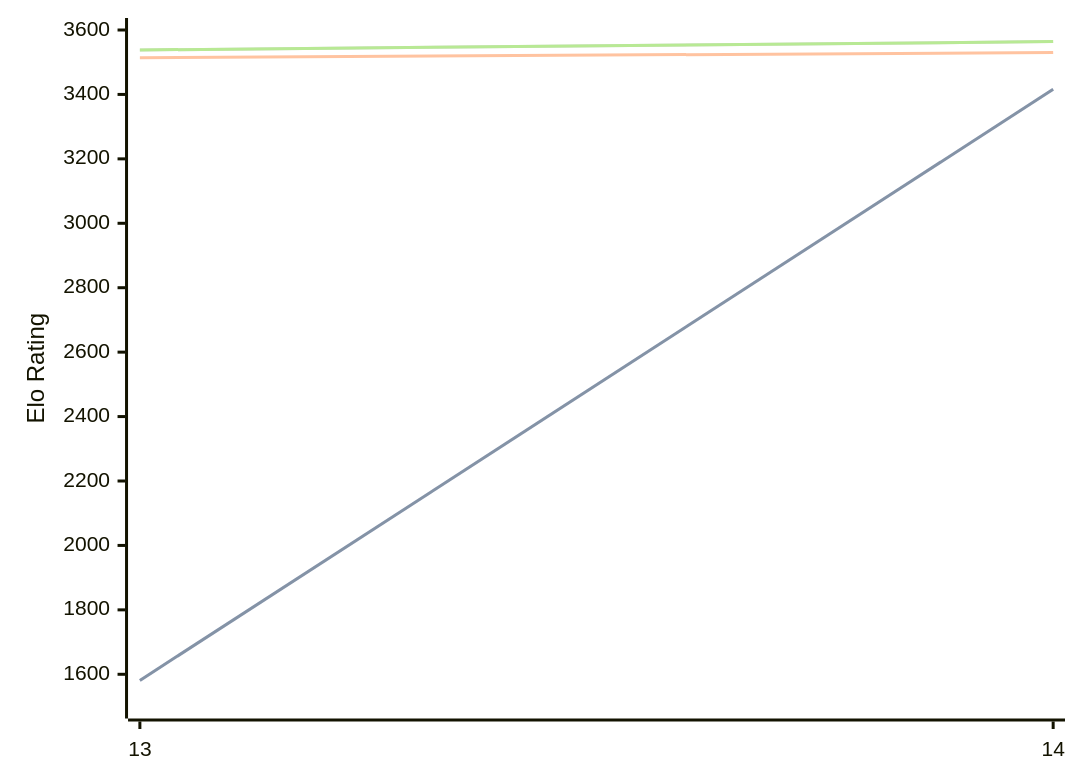
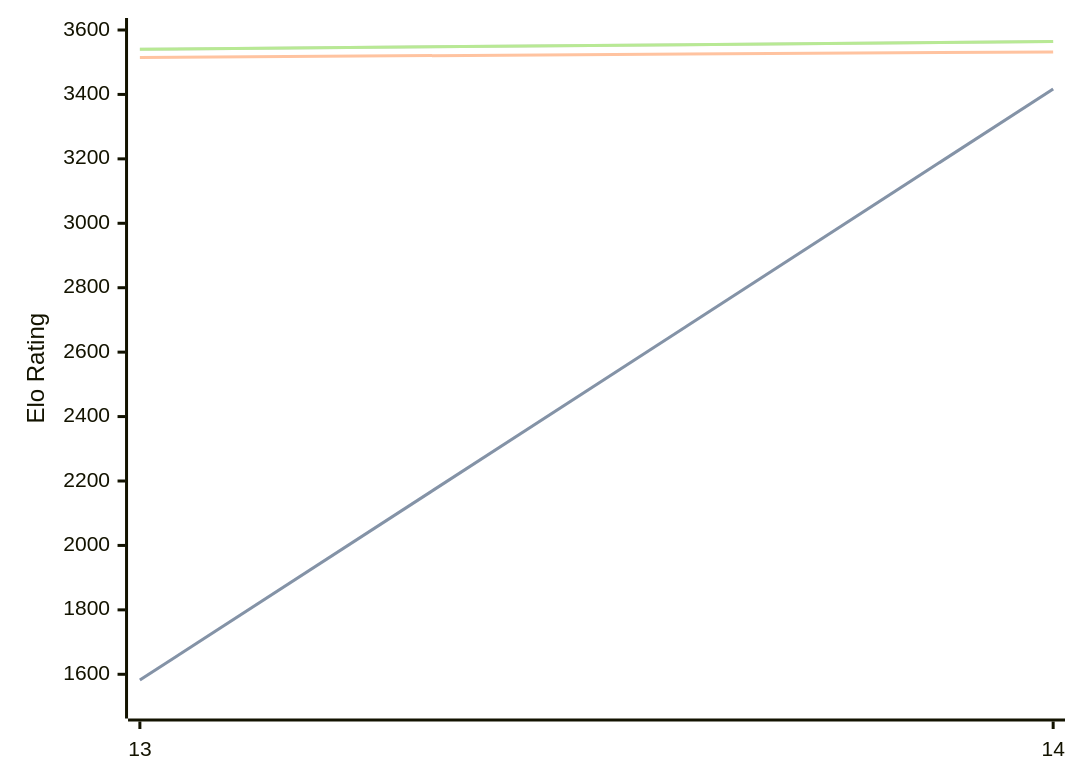
The diagram in engines/Berserk.md (computer-chess-index/cci), drawn with Mermaid before and after one commit. The commit also changed other lines of this file, not shown here.

Commit message:
Update CCI Ratings (ELO VLTC) - 2026-08-05

````diff
--- a/engines/Berserk.md
+++ b/engines/Berserk.md
@@ -63,11 +63,11 @@
 ```mermaid
 %%{init: {"theme":"base","themeVariables":{"seriesColors:['#a3a3a3','#222221','#faa371']}}}%%
 xychart-beta
   x-axis ["13", "14"]
   y-axis "Elo Rating" 1500 --> 3600
-  line "STC (8.0+0.08s)" [1581, 3416]
-  line "STC (8.0+0.08s)" [1581, 3416]
-  line "LTC (60.0+0.60s)" [3514, 3530]
-  line "VLTC (2m24s+1.12s)" [3538, 3564]
-  line "VLTC (2m24s+1.12s)" [3538, 3564]
+  line "STC (8.0+0.08s)" [1582, 3417]
+  line "STC (8.0+0.08s)" [1582, 3417]
+  line "LTC (60.0+0.60s)" [3515, 3532]
+  line "VLTC (2m24s+1.12s)" [3540, 3564]
+  line "VLTC (2m24s+1.12s)" [3540, 3564]
 ```
````
